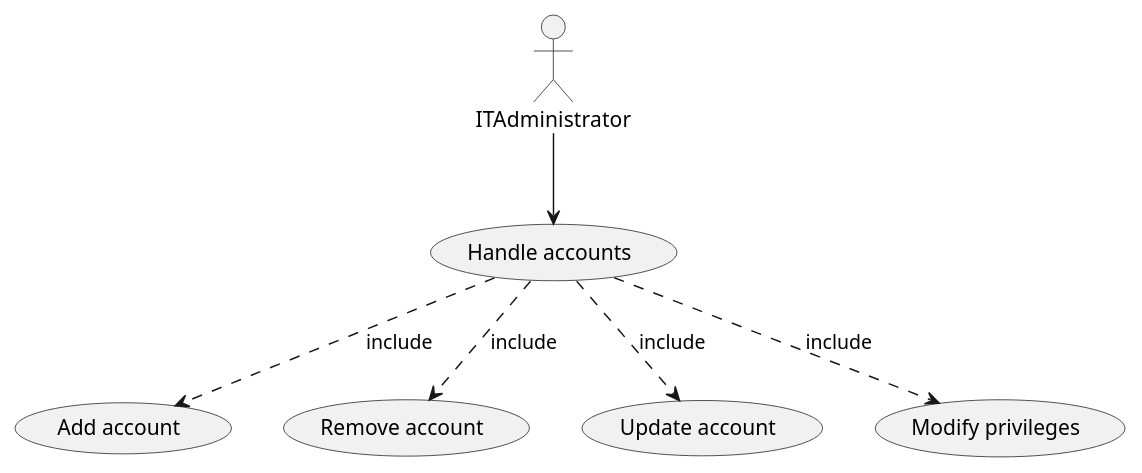
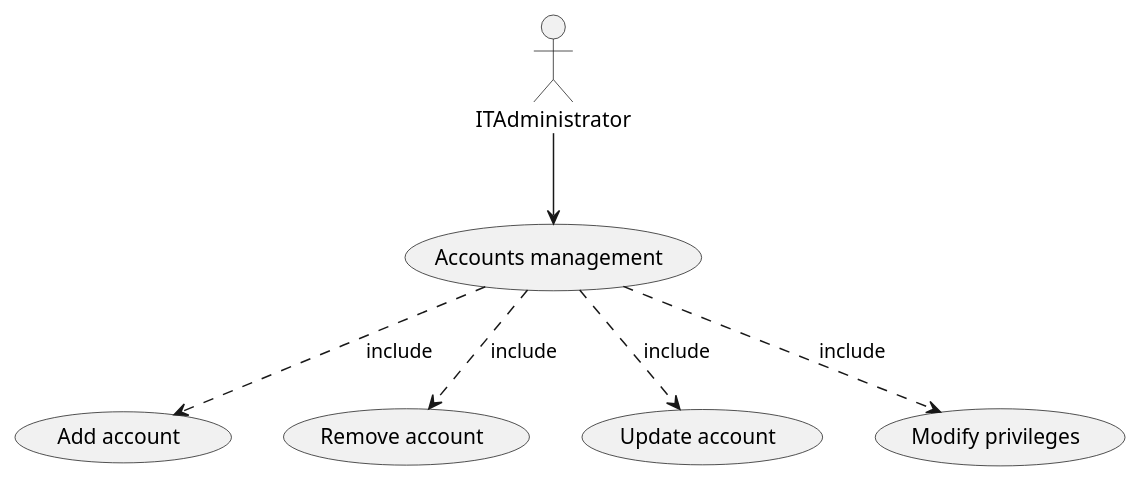
One commit to Stormz4/group20-EzShop changed the seventh of 9 diagrams in Deliverables/RequirementsDocument.md. Above: the diagram before and after it, drawn with PlantUML. The commit also changed other lines of this file, not shown here.

````diff
--- a/Deliverables/RequirementsDocument.md
+++ b/Deliverables/RequirementsDocument.md
@@ -353,10 +353,10 @@
 ```plantuml
 @startuml
-:ITAdministrator: --> (Handle accounts)
-(Handle accounts) ..> (Add account) : include
-(Handle accounts) ..> (Remove account) : include
-(Handle accounts) ..> (Update account) : include
-(Handle accounts) ..> (Modify privileges) : include
+:ITAdministrator: --> (Accounts management)
+(Accounts management) ..> (Add account) : include
+(Accounts management) ..> (Remove account) : include
+(Accounts management) ..> (Update account) : include
+(Accounts management) ..> (Modify privileges) : include
 
 @enduml
 ```
````
